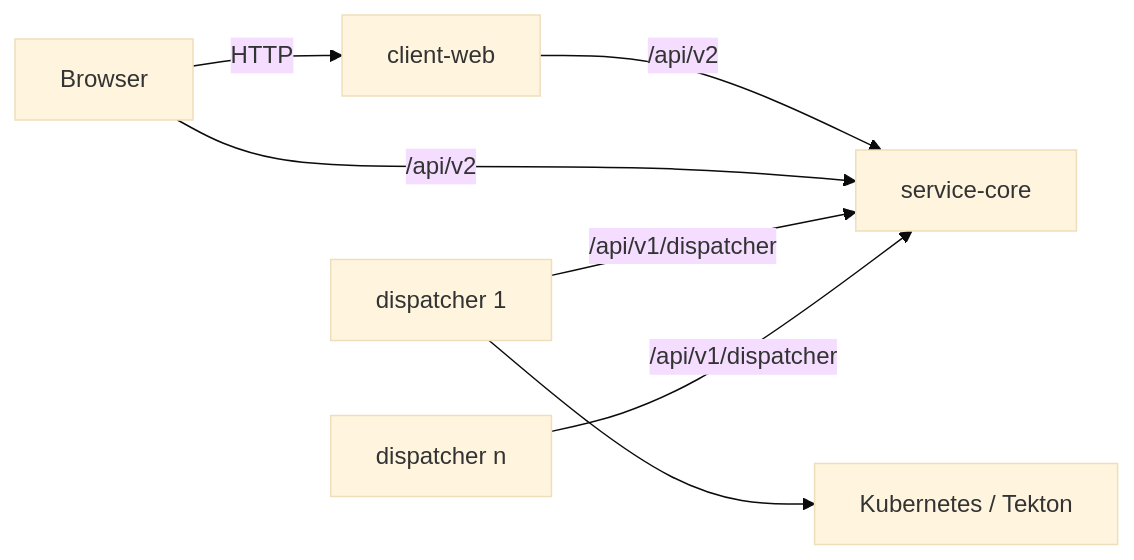
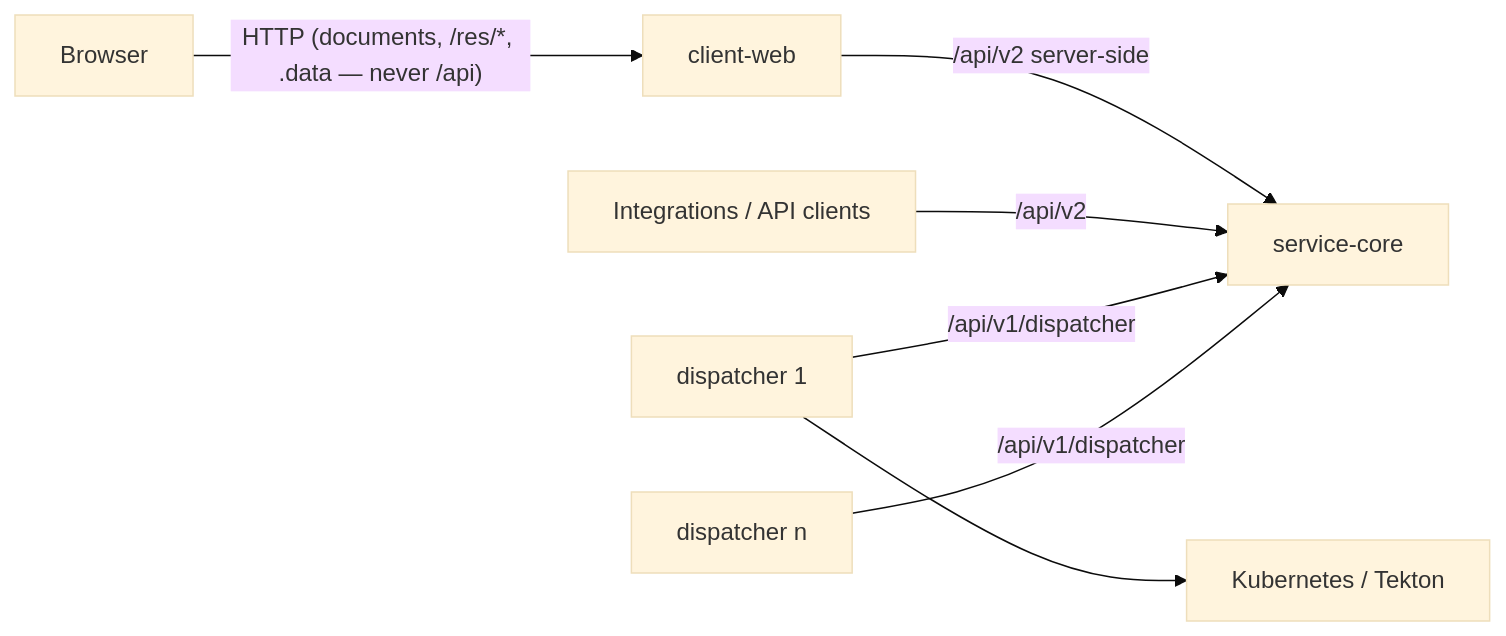
One commit to boomerang-io/flow changed the diagram in README.md. Above: the diagram before and after it, drawn with Mermaid (base theme). The commit also changed other lines of this file and 2 other files, not shown here.

First line of the commit message:
docs: record the BFF end state - browser never calls /api

````diff
--- a/README.md
+++ b/README.md
@@ -17,9 +17,9 @@
 ```mermaid
 graph LR
-    U[Browser] -->|HTTP| W[client-web]
-    W -->|/api/v2| C[service-core]
-    U -->|/api/v2| C
+    U[Browser] -->|"HTTP (documents, /res/*, .data — never /api)"| W[client-web]
+    W -->|/api/v2 server-side| C[service-core]
+    I[Integrations / API clients] -->|/api/v2| C
     D1[dispatcher 1] -->|/api/v1/dispatcher| C
     D2[dispatcher n] -->|/api/v1/dispatcher| C
     D1 --> K[Kubernetes / Tekton]
 ```
````
